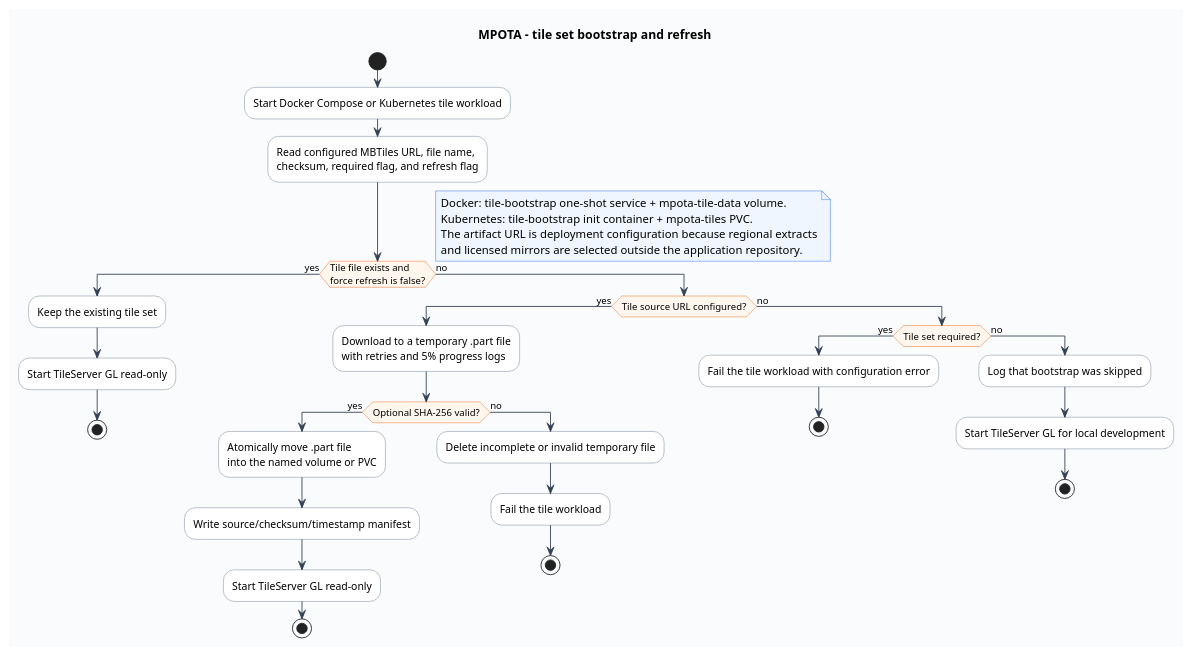
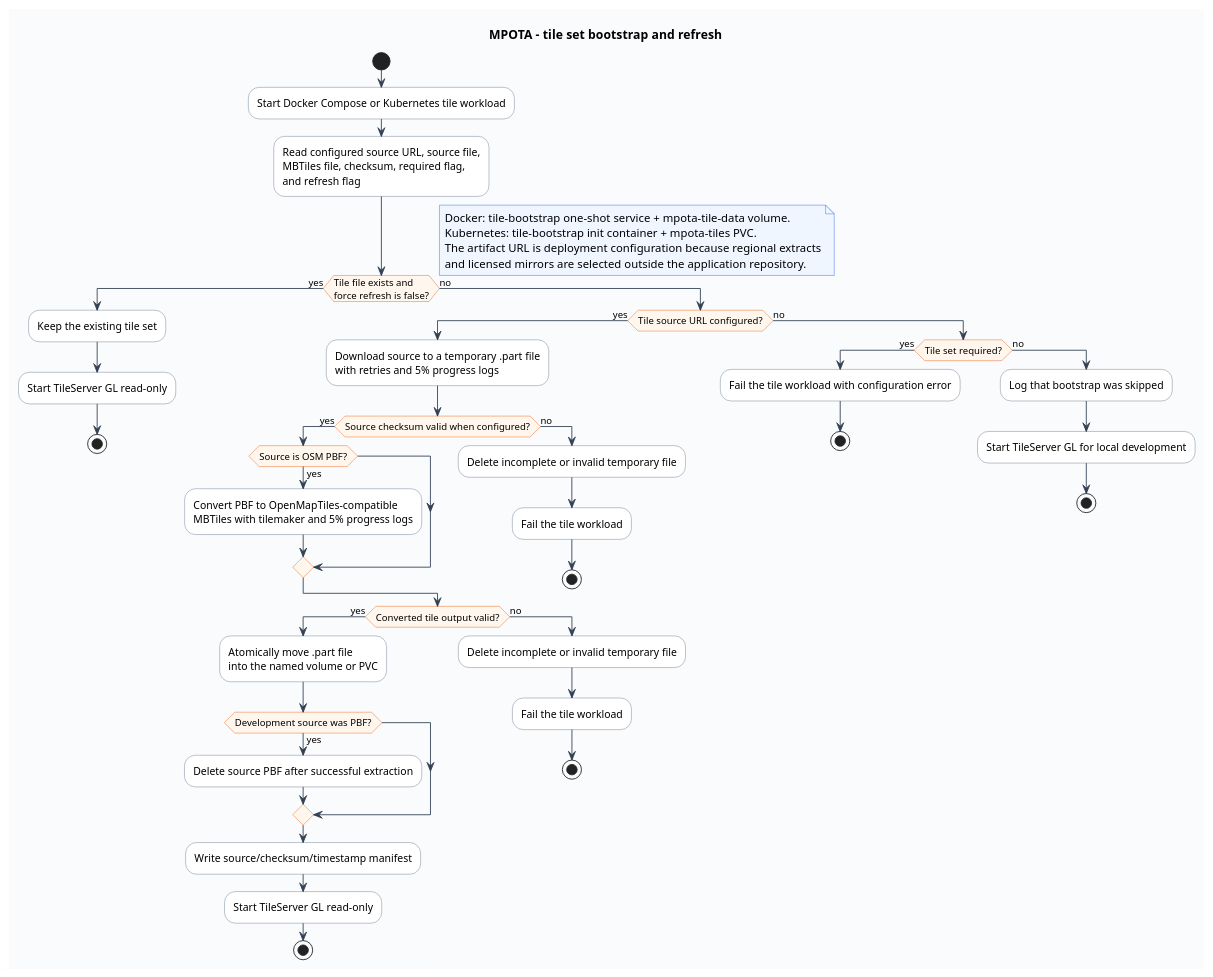
Before and after one commit to ea7klk/mpota: the diagram in docs/architecture/mpota-tile-update.puml, drawn with PlantUML. The commit also changed 8 other files, not shown here.

Commit message:
Use Europe PBF tiles for development

```diff
--- a/docs/architecture/mpota-tile-update.puml
+++ b/docs/architecture/mpota-tile-update.puml
@@ -1,61 +1,75 @@
 @startuml MPOTA_Tile_Update
 title MPOTA - tile set bootstrap and refresh
 
 skinparam shadowing false
 skinparam backgroundColor #FAFBFC
 skinparam activity {
   BackgroundColor #FFFFFF
   BorderColor #64748B
   DiamondBackgroundColor #FFF7ED
   DiamondBorderColor #EA580C
   ArrowColor #334155
 }
 skinparam note {
   BackgroundColor #EFF6FF
   BorderColor #2563EB
 }
 
 start
 :Start Docker Compose or Kubernetes tile workload;
-:Read configured MBTiles URL, file name,
-checksum, required flag, and refresh flag;
+:Read configured source URL, source file,
+MBTiles file, checksum, required flag,
+and refresh flag;
 
 if (Tile file exists and
 force refresh is false?) then (yes)
   :Keep the existing tile set;
   :Start TileServer GL read-only;
   stop
 else (no)
   if (Tile source URL configured?) then (yes)
-    :Download to a temporary .part file
+    :Download source to a temporary .part file
 with retries and 5% progress logs;
-    if (Optional SHA-256 valid?) then (yes)
-      :Atomically move .part file
+    if (Source checksum valid when configured?) then (yes)
+      if (Source is OSM PBF?) then (yes)
+        :Convert PBF to OpenMapTiles-compatible
+MBTiles with tilemaker and 5% progress logs;
+      endif
+    else (no)
+      :Delete incomplete or invalid temporary file;
+      :Fail the tile workload;
+      stop
+    endif
+      if (Converted tile output valid?) then (yes)
+        :Atomically move .part file
 into the named volume or PVC;
+        if (Development source was PBF?) then (yes)
+          :Delete source PBF after successful extraction;
+        endif
       :Write source/checksum/timestamp manifest;
       :Start TileServer GL read-only;
       stop
     else (no)
       :Delete incomplete or invalid temporary file;
       :Fail the tile workload;
       stop
     endif
   else (no)
     if (Tile set required?) then (yes)
       :Fail the tile workload with configuration error;
       stop
     else (no)
       :Log that bootstrap was skipped;
       :Start TileServer GL for local development;
       stop
     endif
   endif
 endif
 
 note right
 Docker: tile-bootstrap one-shot service + mpota-tile-data volume.
 Kubernetes: tile-bootstrap init container + mpota-tiles PVC.
 The artifact URL is deployment configuration because regional extracts
 and licensed mirrors are selected outside the application repository.
 end note
 @enduml
```
